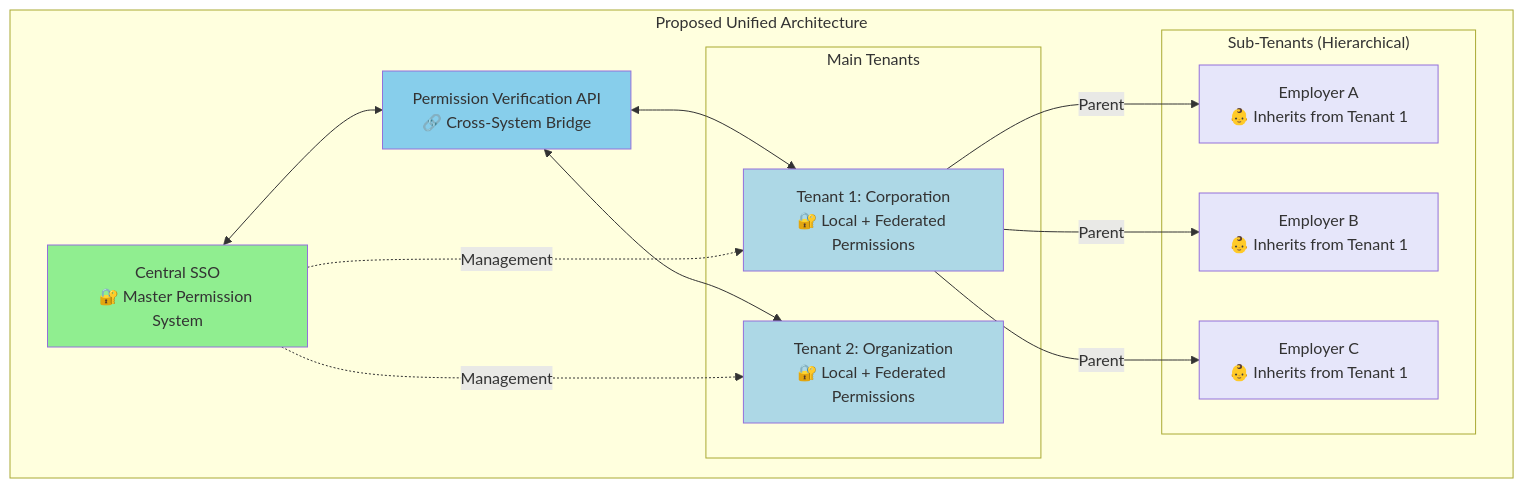
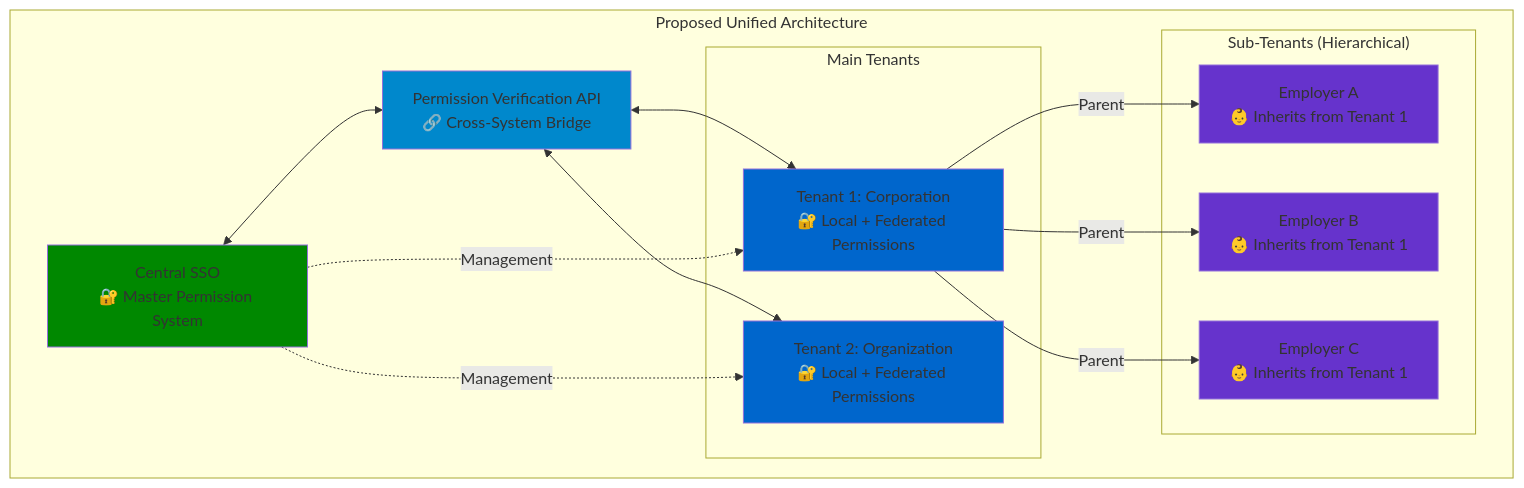
One commit to hi-dil/SSO-POC changed diagram 13 of 21 in docs/architecture/challenges-and-solutions.md. Above: the diagram before and after it, drawn with Mermaid. The commit also changed other lines of this file, not shown here.

````diff
--- a/docs/architecture/challenges-and-solutions.md
+++ b/docs/architecture/challenges-and-solutions.md
@@ -447,37 +444,37 @@
 ```mermaid
 graph TB
     subgraph "Proposed Unified Architecture"
         SSO[Central SSO<br/>🔐 Master Permission System]
         API[Permission Verification API<br/>🔗 Cross-System Bridge]
         
         subgraph "Main Tenants"
             T1[Tenant 1: Corporation<br/>🔐 Local + Federated Permissions]
             T2[Tenant 2: Organization<br/>🔐 Local + Federated Permissions]
         end
         
         subgraph "Sub-Tenants (Hierarchical)"
             ST1[Employer A<br/>👶 Inherits from Tenant 1]
             ST2[Employer B<br/>👶 Inherits from Tenant 1]
             ST3[Employer C<br/>👶 Inherits from Tenant 1]
         end
         
         SSO <--> API
         API <--> T1
         API <--> T2
         
         T1 -->|Parent| ST1
         T1 -->|Parent| ST2
         T1 -->|Parent| ST3
         
         SSO -.Management.-> T1
         SSO -.Management.-> T2
     end
     
-    style SSO fill:#90EE90
-    style API fill:#87CEEB
-    style T1 fill:#ADD8E6
-    style T2 fill:#ADD8E6
-    style ST1 fill:#E6E6FA
-    style ST2 fill:#E6E6FA
-    style ST3 fill:#E6E6FA
+    style SSO fill:#008800
+    style API fill:#0088cc
+    style T1 fill:#0066cc
+    style T2 fill:#0066cc
+    style ST1 fill:#6633cc
+    style ST2 fill:#6633cc
+    style ST3 fill:#6633cc
 ```
````
